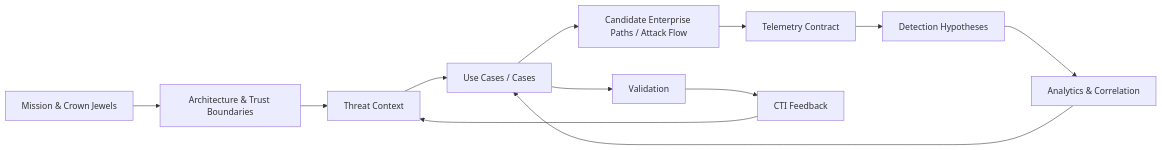
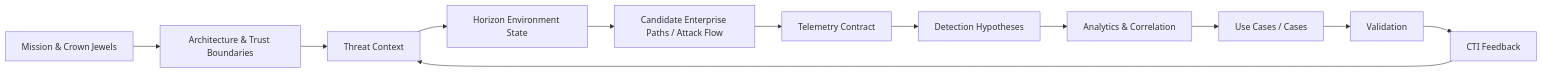
One commit to Ridd1kulusC0d3r/Cyber-Threat-Context-Modeling changed the first of 2 diagrams in README.md. Above: the diagram before and after it, drawn with Mermaid. The commit also changed other lines of this file, not shown here.

Commit message:
docs: fix Horizon pipeline diagram and point Colab badge to v0.5

```diff
--- a/README.md
+++ b/README.md
@@ -24,14 +24,14 @@
 ~~~mermaid
 flowchart LR
     A[Mission & Crown Jewels] --> B[Architecture & Trust Boundaries]
     B --> C[Threat Context]
-    C --> H[Horizon Environment State]
-    H --> D[Candidate Enterprise Paths / Attack Flow]
+    C --> Z[Horizon Environment State]
+    Z --> D[Candidate Enterprise Paths / Attack Flow]
     D --> E[Telemetry Contract]
     E --> F[Detection Hypotheses]
     F --> G[Analytics & Correlation]
-    G --> H[Use Cases / Cases]
-    H --> I[Validation]
+    G --> U[Use Cases / Cases]
+    U --> I[Validation]
     I --> J[CTI Feedback]
     J --> C
 ~~~
```
